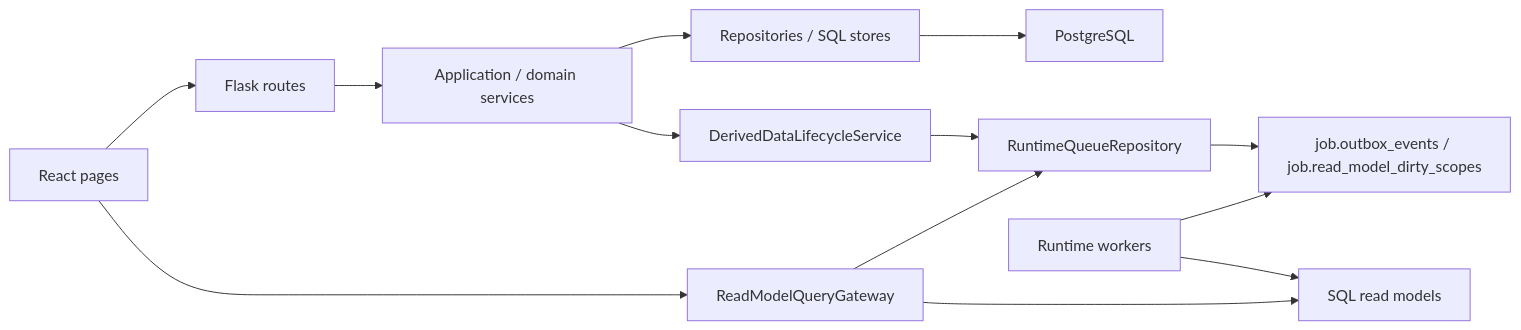
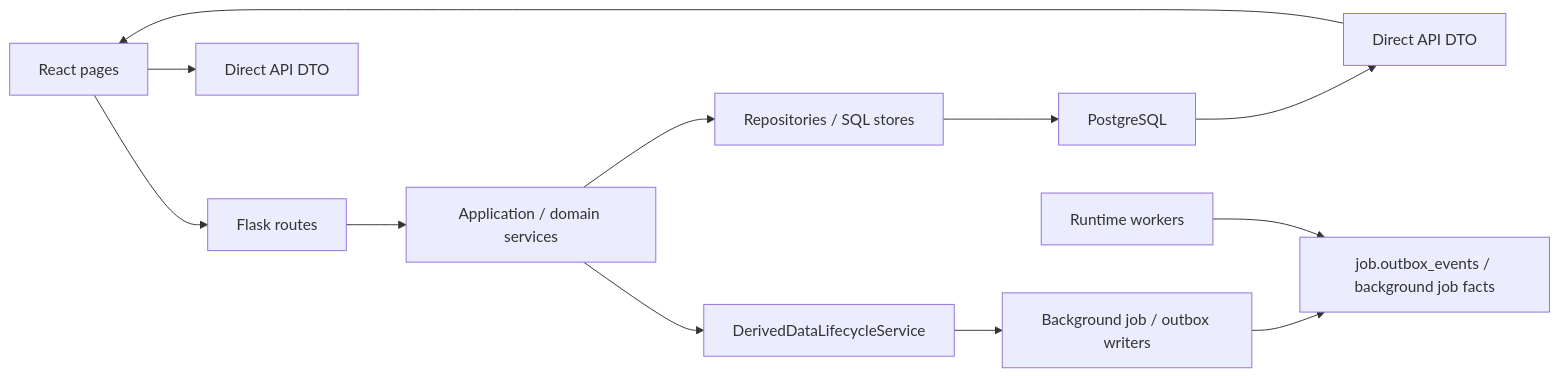
Before and after one commit to Yhuir/fin-ops-platform: the first of 2 diagrams in docs/app-architecture/runtime-and-ownership.md, drawn with Mermaid. The commit also changed other lines of this file and 2794 other files, not shown here.

Commit message:
wip: move read models to direct api

````diff
--- a/docs/app-architecture/runtime-and-ownership.md
+++ b/docs/app-architecture/runtime-and-ownership.md
@@ -7,15 +11,14 @@
 ```mermaid
 flowchart LR
   UI["React pages"] --> API["Flask routes"]
   API --> Service["Application / domain services"]
   Service --> Repo["Repositories / SQL stores"]
   Repo --> PG["PostgreSQL"]
+  PG --> Direct["Direct API DTO"]
+  Direct --> UI
   Service --> Lifecycle["DerivedDataLifecycleService"]
-  Lifecycle --> Queue["RuntimeQueueRepository"]
-  Queue --> Outbox["job.outbox_events / job.read_model_dirty_scopes"]
+  Lifecycle --> Queue["Background job / outbox writers"]
+  Queue --> Outbox["job.outbox_events / background job facts"]
   Worker["Runtime workers"] --> Outbox
-  Worker --> Projection["SQL read models"]
-  UI --> Gateway["ReadModelQueryGateway"]
-  Gateway --> Projection
-  Gateway --> Queue
+  UI --> DirectAPI["Direct API DTO"]
 ```
````
